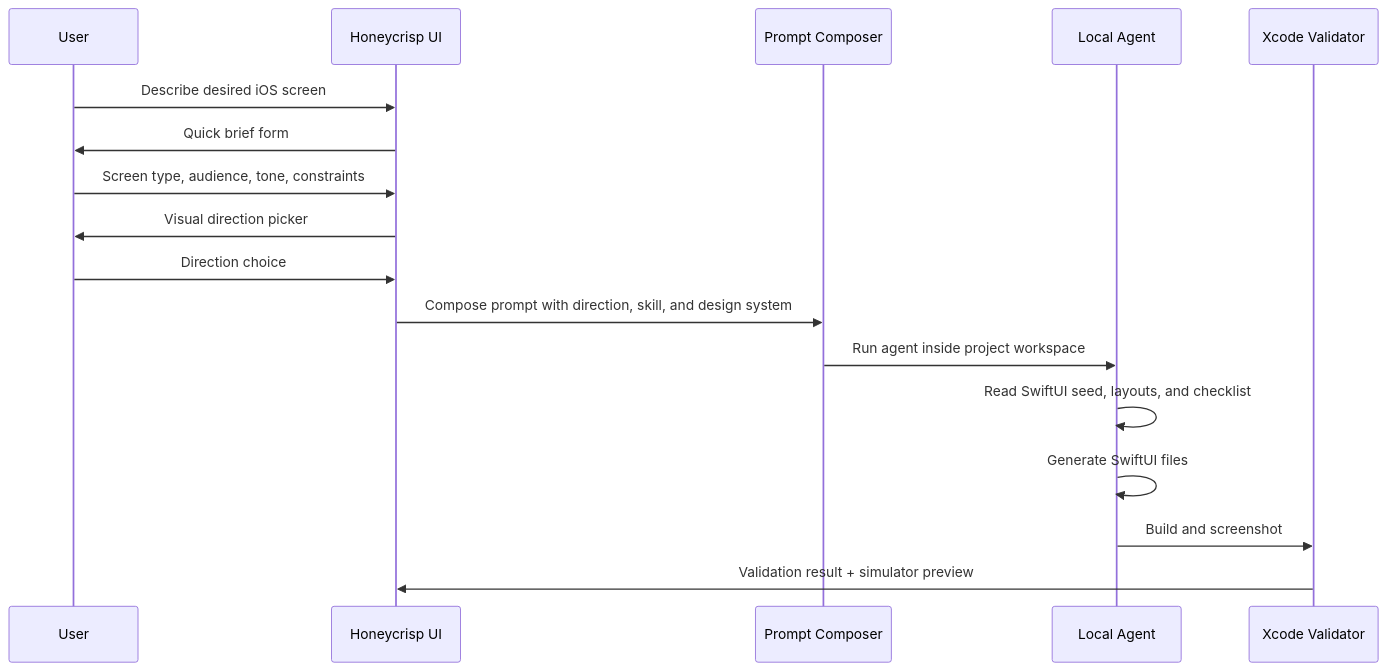
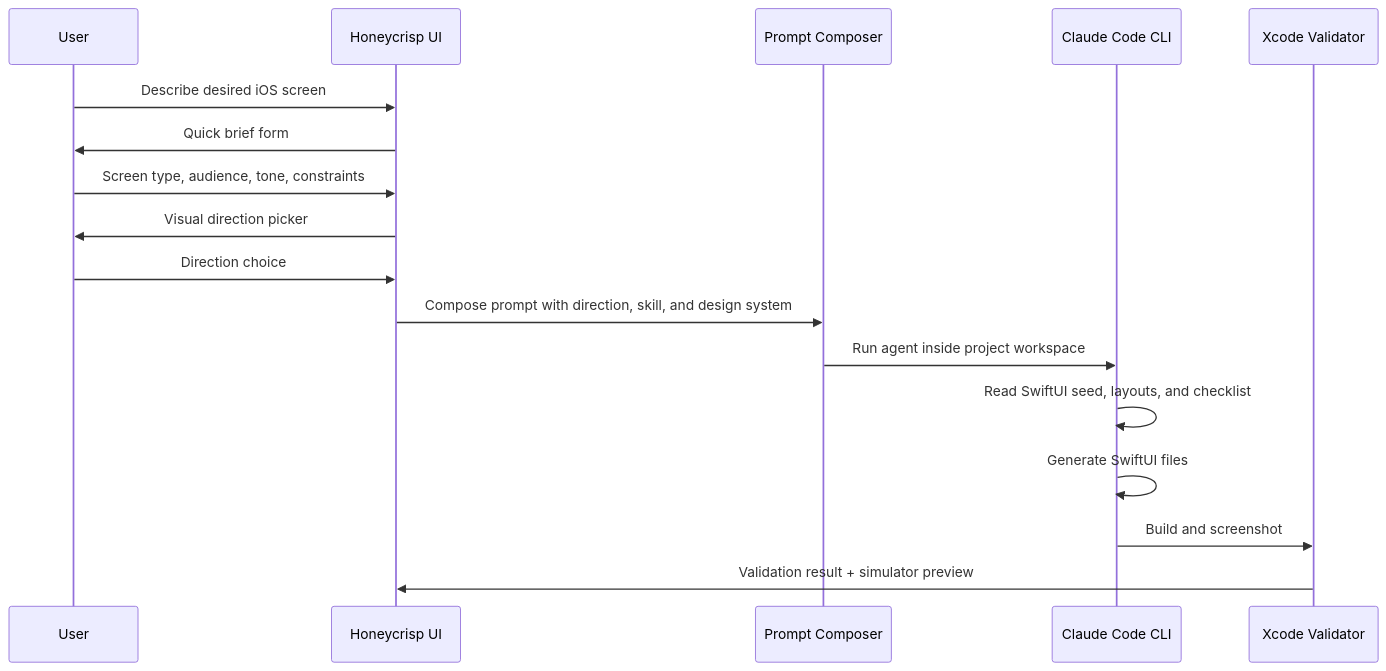
One commit to luketucich/Honeycrisp changed the third of 4 diagrams in docs/architecture.md. Above: the diagram before and after it, drawn with Mermaid. The commit also changed other lines of this file and 2 other files, not shown here.

Commit message:
docs: document claude code cli runtime

````diff
--- a/docs/architecture.md
+++ b/docs/architecture.md
@@ -112,20 +114,20 @@
 ```mermaid
 sequenceDiagram
   participant U as User
   participant UI as Honeycrisp UI
   participant P as Prompt Composer
-  participant A as Local Agent
+  participant A as Claude Code CLI
   participant X as Xcode Validator
 
   U->>UI: Describe desired iOS screen
   UI->>U: Quick brief form
   U->>UI: Screen type, audience, tone, constraints
   UI->>U: Visual direction picker
   U->>UI: Direction choice
   UI->>P: Compose prompt with direction, skill, and design system
   P->>A: Run agent inside project workspace
   A->>A: Read SwiftUI seed, layouts, and checklist
   A->>A: Generate SwiftUI files
   A->>X: Build and screenshot
   X->>UI: Validation result + simulator preview
 ```
````
